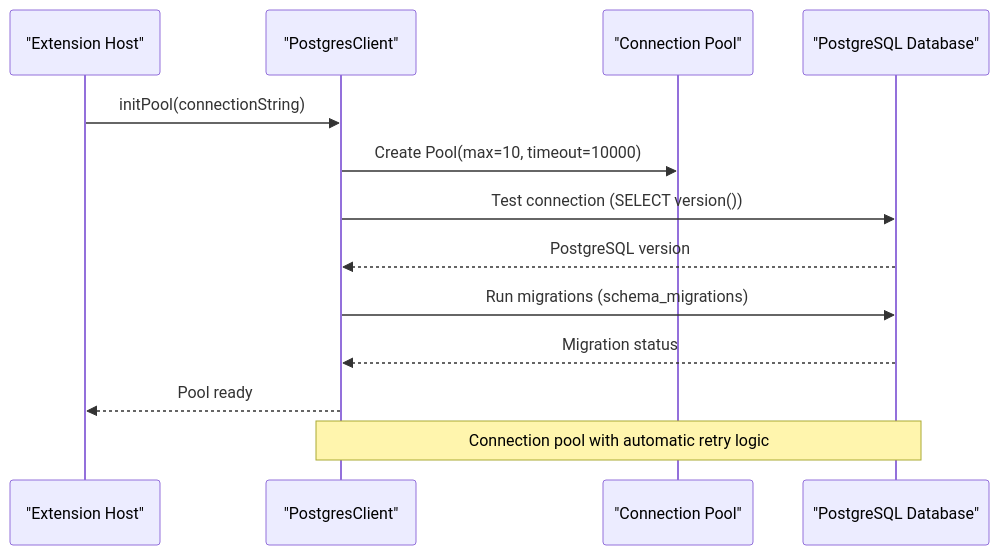
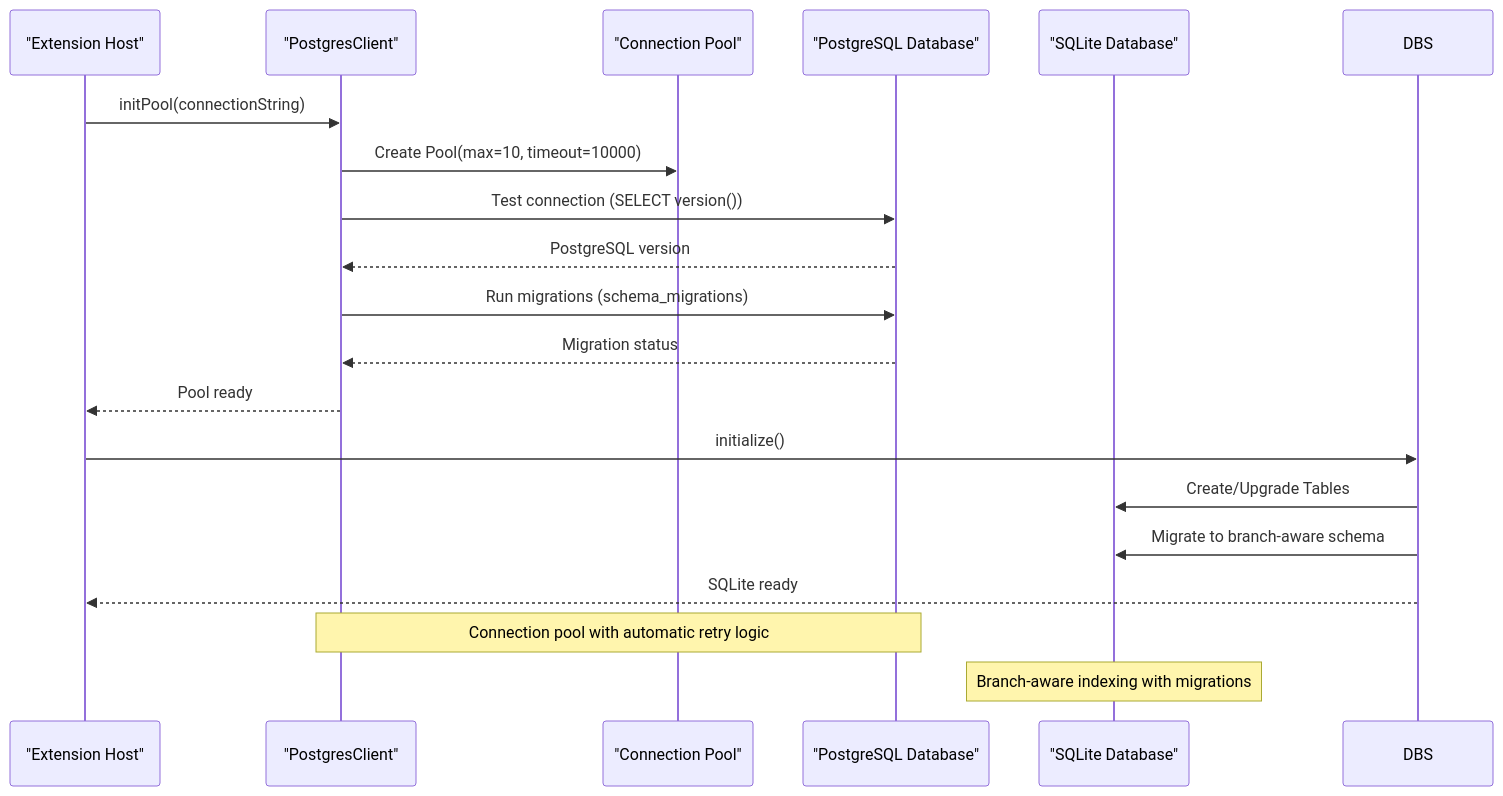
Before and after one commit to bramburn/repomix-runner: the second of 3 diagrams in .qoder/repowiki/en/content/Storage System/Database Service.md, drawn with Mermaid. The commit also changed other lines of this file and 27 other files, not shown here.

````diff
--- a/.qoder/repowiki/en/content/Storage System/Database Service.md
+++ b/.qoder/repowiki/en/content/Storage System/Database Service.md
@@ -127,15 +177,21 @@
 ```mermaid
 sequenceDiagram
 participant EXT as "Extension Host"
 participant PG as "PostgresClient"
 participant POOL as "Connection Pool"
 participant DB as "PostgreSQL Database"
+participant SQLITE as "SQLite Database"
 EXT->>PG : initPool(connectionString)
 PG->>POOL : Create Pool(max=10, timeout=10000)
 PG->>DB : Test connection (SELECT version())
 DB-->>PG : PostgreSQL version
 PG->>DB : Run migrations (schema_migrations)
 DB-->>PG : Migration status
 PG-->>EXT : Pool ready
+EXT->>DBS : initialize()
+DBS->>SQLITE : Create/Upgrade Tables
+DBS->>SQLITE : Migrate to branch-aware schema
+DBS-->>EXT : SQLite ready
 Note over PG,DB : Connection pool with automatic retry logic
+Note over SQLITE : Branch-aware indexing with migrations
 ```
````
